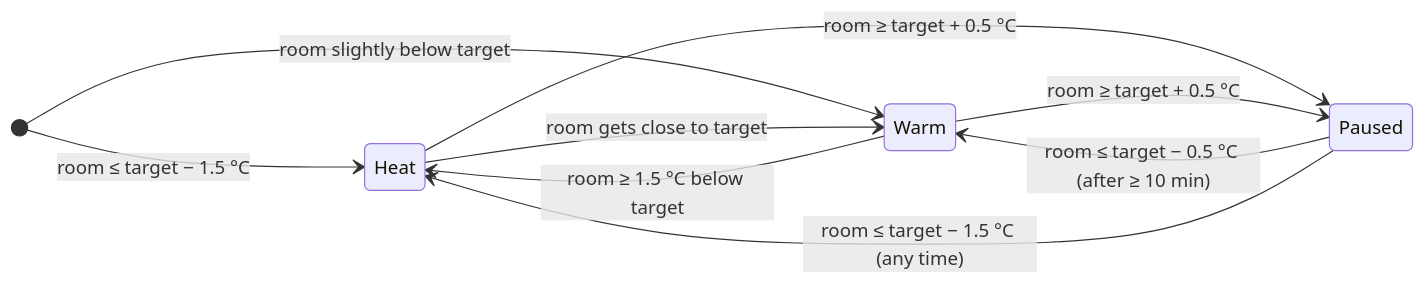
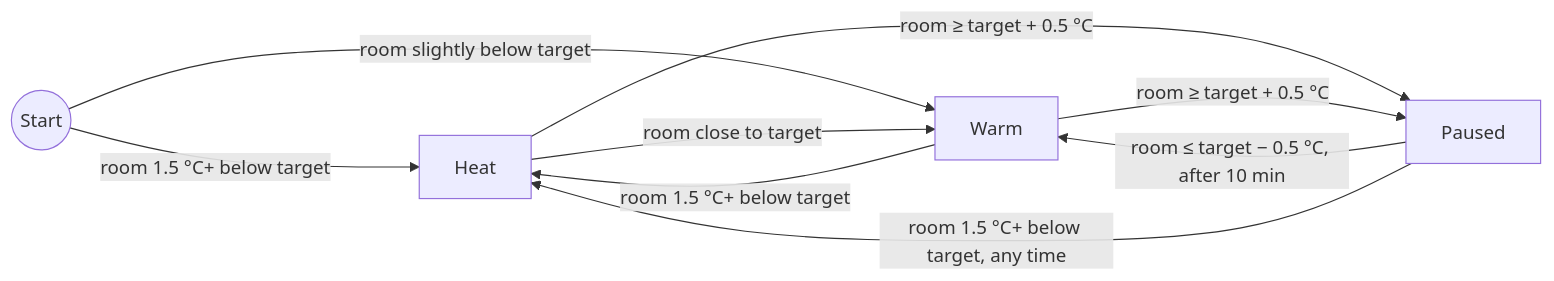
One commit to Deehlusa/mi-heater-bar changed the diagram in README.md. Above: the diagram before and after it, drawn with Mermaid. The commit also changed other lines of this file and 7 other files, not shown here.

First line of the commit message:
Translate UI and report to English, add pt-BR README, simplify Smart Auto diagram

````diff
--- a/README.md
+++ b/README.md
@@ -117,12 +115,11 @@
 ```mermaid
-stateDiagram-v2
-    direction LR
-    [*] --> Heat: room ≤ target − 1.5 °C
-    [*] --> Warm: room slightly below target
-    Heat --> Warm: room gets close to target
-    Warm --> Heat: room ≥ 1.5 °C below target
-    Heat --> Paused: room ≥ target + 0.5 °C
-    Warm --> Paused: room ≥ target + 0.5 °C
-    Paused --> Warm: room ≤ target − 0.5 °C (after ≥ 10 min)
-    Paused --> Heat: room ≤ target − 1.5 °C (any time)
+flowchart LR
+    S(("Start")) -->|"room 1.5 °C+ below target"| H["Heat"]
+    S -->|"room slightly below target"| W["Warm"]
+    H -->|"room close to target"| W
+    W -->|"room 1.5 °C+ below target"| H
+    H -->|"room ≥ target + 0.5 °C"| P["Paused"]
+    W -->|"room ≥ target + 0.5 °C"| P
+    P -->|"room ≤ target − 0.5 °C, after 10 min"| W
+    P -->|"room 1.5 °C+ below target, any time"| H
 ```
````
